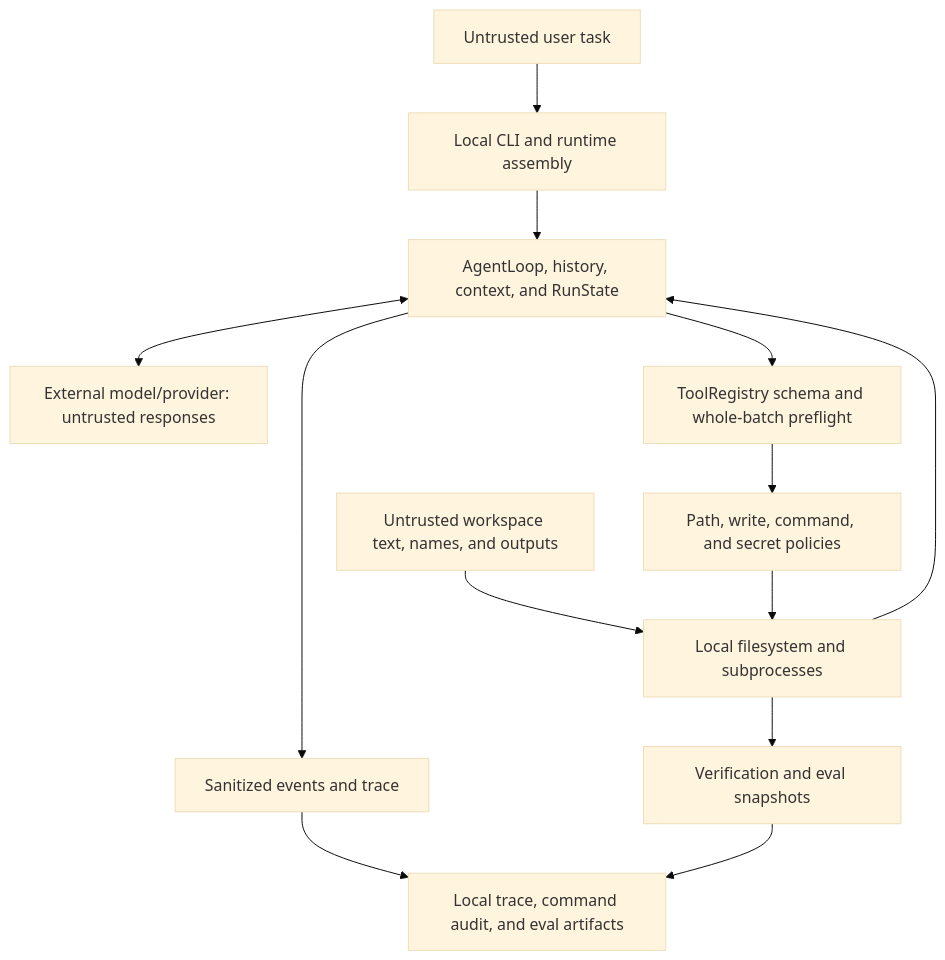
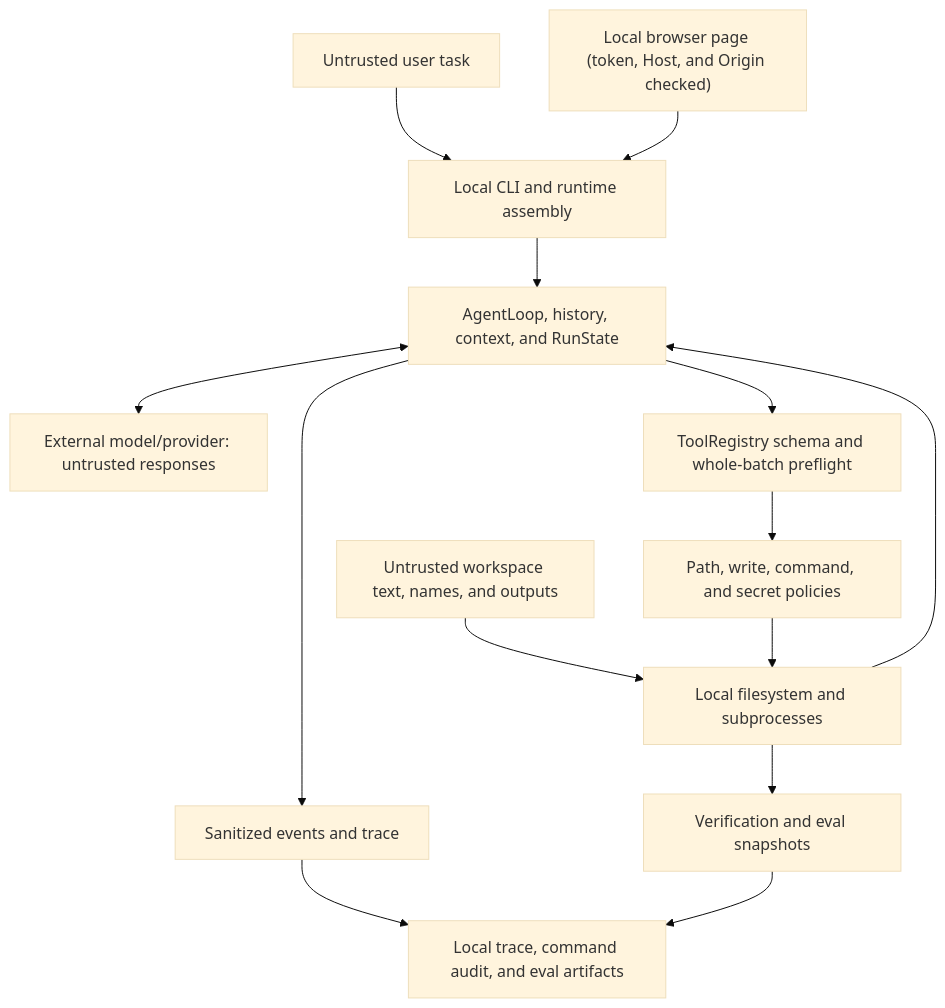
Before and after one commit to mingbochen/proofcoder: the diagram in docs/THREAT_MODEL.md, drawn with Mermaid (base theme). The commit also changed other lines of this file and 15 other files, not shown here.

````diff
--- a/docs/THREAT_MODEL.md
+++ b/docs/THREAT_MODEL.md
@@ -44,15 +45,16 @@
 ```mermaid
 flowchart TD
     U["Untrusted user task"] --> CLI["Local CLI and runtime assembly"]
+    B["Local browser page (token, Host, and Origin checked)"] --> CLI
     W["Untrusted workspace text, names, and outputs"] --> FS["Local filesystem and subprocesses"]
     CLI --> L["AgentLoop, history, context, and RunState"]
     L <--> P["External model/provider: untrusted responses"]
     L --> R["ToolRegistry schema and whole-batch preflight"]
     R --> S["Path, write, command, and secret policies"]
     S --> FS
     FS --> L
     L --> E["Sanitized events and trace"]
     FS --> V["Verification and eval snapshots"]
     E --> A["Local trace, command audit, and eval artifacts"]
     V --> A
 ```
````
